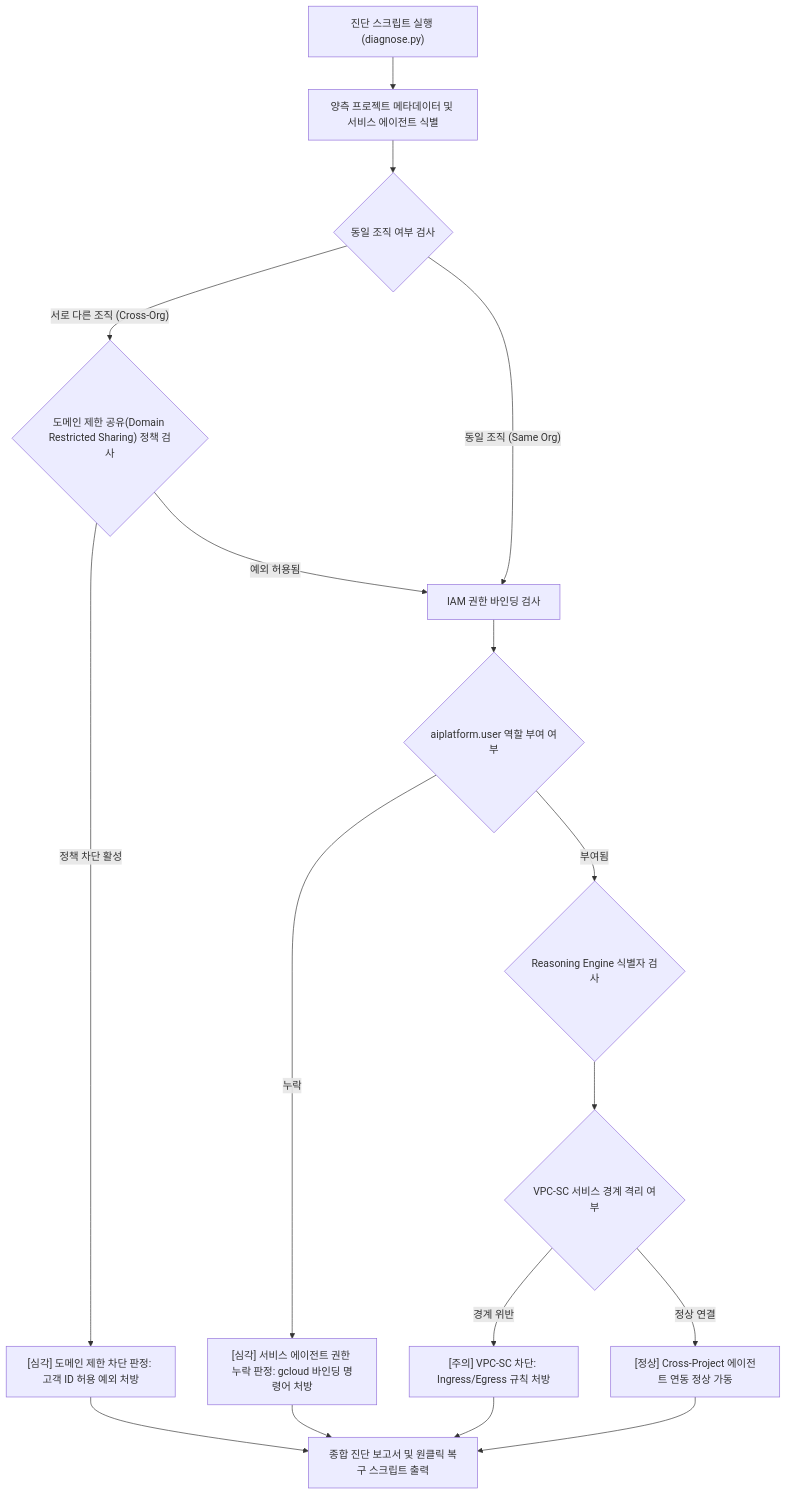
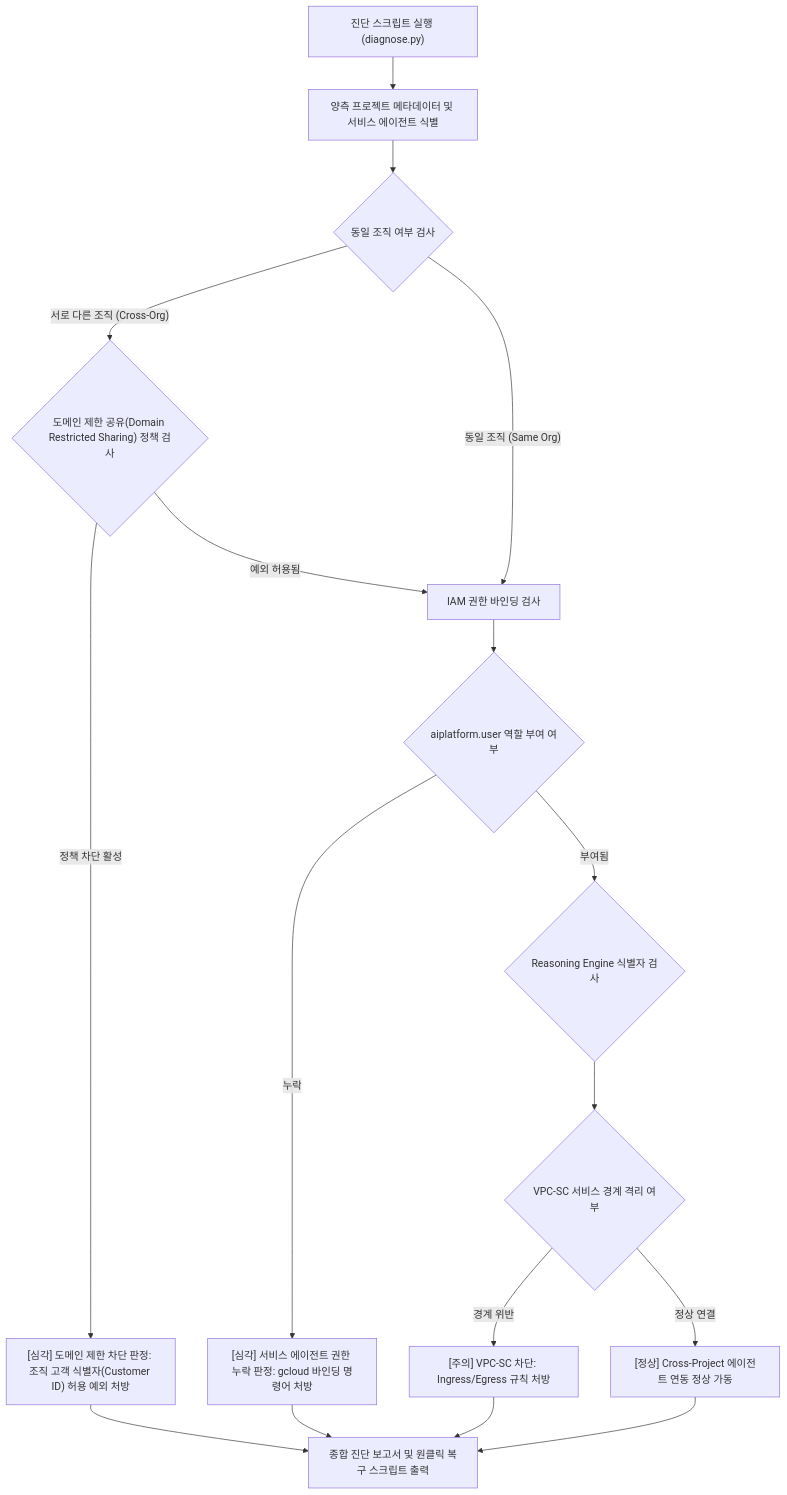
The diagram in samples/gemini-enterprise-agent-resolver/README.md (jiangjun-forge/google-cloud-0-to-1), drawn with Mermaid before and after one commit. The commit also changed other lines of this file and 193 other files, not shown here.

````diff
--- a/samples/gemini-enterprise-agent-resolver/README.md
+++ b/samples/gemini-enterprise-agent-resolver/README.md
@@ -37,23 +37,23 @@
 ```mermaid
 flowchart TD
     Start["진단 스크립트 실행 (diagnose.py)"] --> FetchMetadata["양측 프로젝트 메타데이터 및 서비스 에이전트 식별"]
     FetchMetadata --> CheckOrg{"동일 조직 여부 검사"}
     
     CheckOrg -->|"서로 다른 조직 (Cross-Org)"| CheckDomainPolicy{"도메인 제한 공유(Domain Restricted Sharing) 정책 검사"}
-    CheckDomainPolicy -->|"정책 차단 활성"| CriticalOrgPolicy["[심각] 도메인 제한 차단 판정: 고객 ID 허용 예외 처방"]
+    CheckDomainPolicy -->|"정책 차단 활성"| CriticalOrgPolicy["[심각] 도메인 제한 차단 판정: 조직 고객 식별자(Customer ID) 허용 예외 처방"]
     CheckDomainPolicy -->|"예외 허용됨"| CheckIAM["IAM 권한 바인딩 검사"]
     CheckOrg -->|"동일 조직 (Same Org)"| CheckIAM
     
     CheckIAM --> CheckAgentUser{"aiplatform.user 역할 부여 여부"}
     CheckAgentUser -->|"누락"| CriticalIAM["[심각] 서비스 에이전트 권한 누락 판정: gcloud 바인딩 명령어 처방"]
     CheckAgentUser -->|"부여됨"| CheckEngineID{"Reasoning Engine 식별자 검사"}
     
     CheckEngineID --> CheckVPCSC{"VPC-SC 서비스 경계 격리 여부"}
     CheckVPCSC -->|"경계 위반"| WarnVPCSC["[주의] VPC-SC 차단: Ingress/Egress 규칙 처방"]
     CheckVPCSC -->|"정상 연결"| HealthyPass["[정상] Cross-Project 에이전트 연동 정상 가동"]
     
     CriticalOrgPolicy --> GenerateReport["종합 진단 보고서 및 원클릭 복구 스크립트 출력"]
     CriticalIAM --> GenerateReport
     WarnVPCSC --> GenerateReport
     HealthyPass --> GenerateReport
 ```
````
